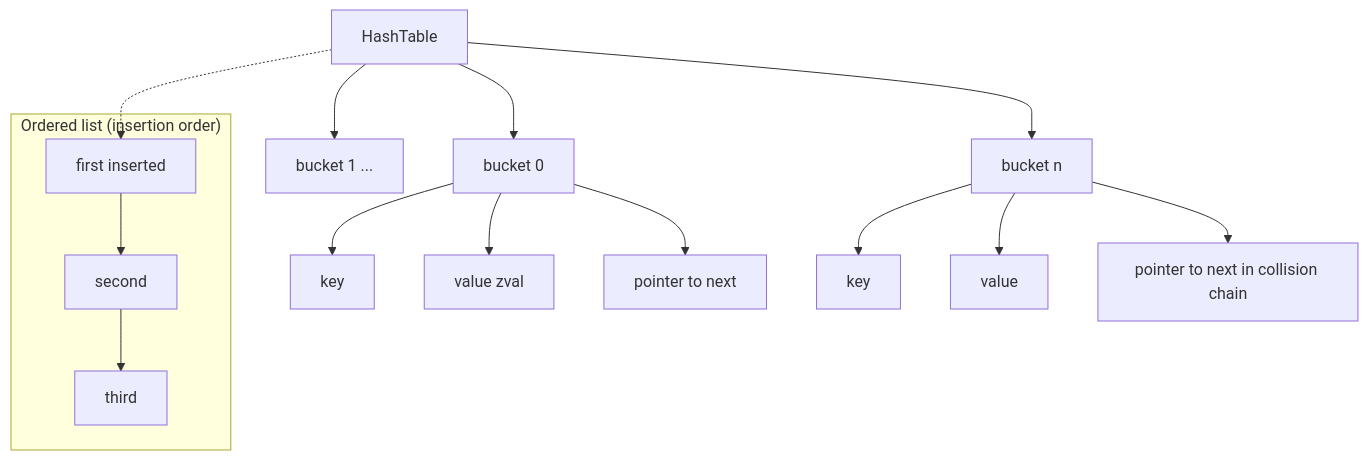
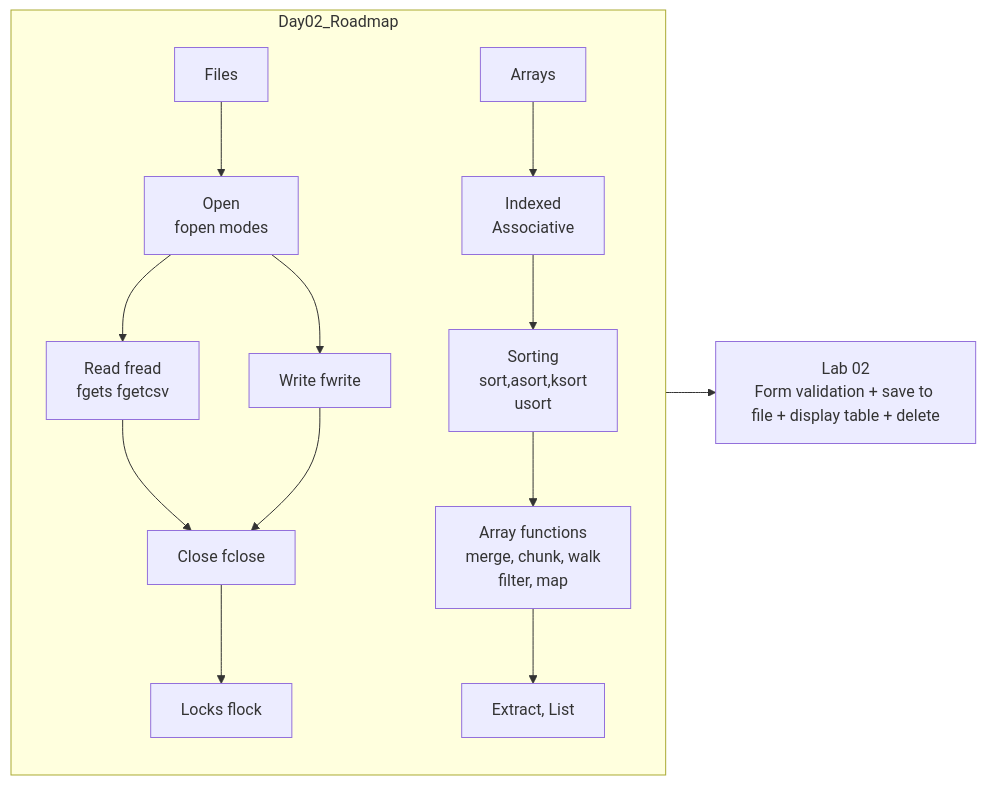
Before and after one commit to muhammad-khaled-tech/My-Study-Notes: the first of 2 diagrams in php/PHP Day02.md, drawn with Mermaid. The commit also changed other lines of this file and 3 other files, not shown here.

````diff
--- a/php/PHP Day02.md
+++ b/php/PHP Day02.md
@@ -689,20 +9,16 @@
 ```mermaid
-graph TD
-    HT[HashTable] --> B[bucket 0]
-    HT --> B1[bucket 1 ...]
-    HT --> BN[bucket n]
-    
-    B --> K0[key]
-    B --> V0[value zval]
-    B --> P0[pointer to next]
-    
-    BN --> KN[key]
-    BN --> VN[value]
-    BN --> PN[pointer to next in collision chain]
-    
-    subgraph "Ordered list (insertion order)"
-        O1[first inserted] --> O2[second] --> O3[third]
+flowchart LR
+    subgraph Day02_Roadmap
+        A[Files] --> A1[Open<br/>fopen modes]
+        A1 --> A2[Read fread<br/>fgets fgetcsv]
+        A1 --> A3[Write fwrite]
+        A2 --> A4[Close fclose]
+        A3 --> A4
+        A4 --> A5[Locks flock]
+        B[Arrays] --> B1[Indexed<br/>Associative]
+        B1 --> B2[Sorting<br/>sort,asort,ksort<br/>usort]
+        B2 --> B3[Array functions<br/>merge, chunk, walk<br/>filter, map]
+        B3 --> B4[Extract, List]
     end
-    
-    HT -.-> O1
+    Day02_Roadmap --> Lab[Lab 02<br/>Form validation + save to file + display table + delete]
 ```
````
